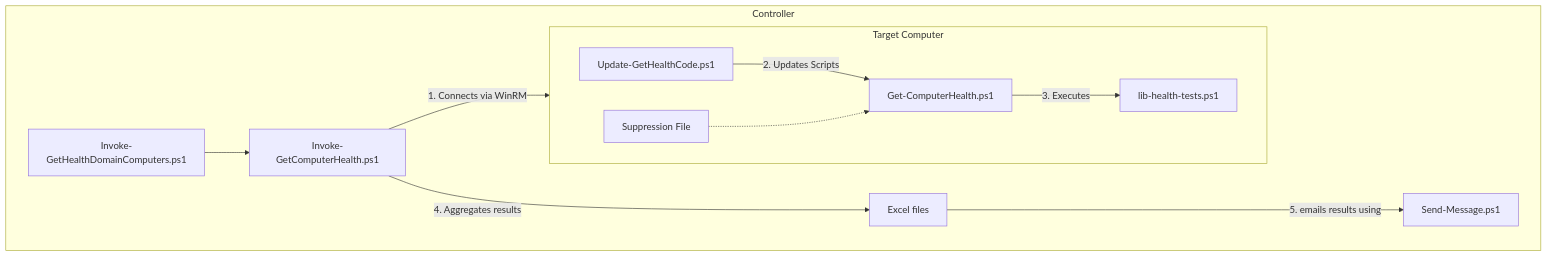
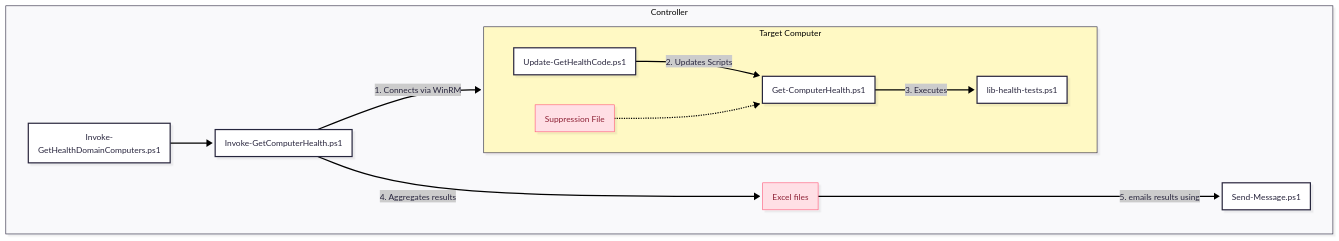
Before and after one commit to ndemou/GetComputerHealth: the diagram in README.md, drawn with Mermaid.

Commit message:
Update theme for the relationship diagram in README.md

````diff
--- a/README.md
+++ b/README.md
@@ -11,16 +11,33 @@
 ```mermaid
-graph TD
-    subgraph Controller [Controller]
-        Entry[Invoke-GetHealthDomainComputers.ps1] --> Orchestrator[Invoke-GetComputerHealth.ps1]
-        Orchestrator -- "1. Connects via WinRM" --> Target[Target Servers]
-        Orchestrator -- "4. Aggregates results" --> Report[Excel files]
-        Report -- "5. emails results using" --> Mailer[Send-Message.ps1]
-    end
+---
+config:
+  look: neo
+  theme: redux
+---
+flowchart TB
+ subgraph Controller["Controller"]
+        Orchestrator["Invoke-GetComputerHealth.ps1"]
+        Entry["Invoke-GetHealthDomainComputers.ps1"]
+        Target["Target Servers"]
+        Report["Excel files"]
+        Mailer["Send-Message.ps1"]
+  end
+ subgraph Target["Target Computer"]
+        LocalRunner["Get-ComputerHealth.ps1"]
+        Updater["Update-GetHealthCode.ps1"]
+        Tests["lib-health-tests.ps1"]
+        Config["Suppression File"]
+  end
+    Entry --> Orchestrator
+    Orchestrator -- "1. Connects via WinRM" --> Target
+    Orchestrator -- "4. Aggregates results" --> Report
+    Report -- "5. emails results using" --> Mailer
+    Updater -- "2. Updates Scripts" --> LocalRunner
+    LocalRunner -- "3. Executes" --> Tests
+    Config -.-> LocalRunner
 
-    subgraph Target [Target Computer]
-        Updater[Update-GetHealthCode.ps1] -- "2. Updates Scripts" --> LocalRunner
-        LocalRunner[Get-ComputerHealth.ps1] -- "3. Executes" --> Tests[lib-health-tests.ps1]
-        Config[Suppression File] -.-> LocalRunner
-    end
-
+     Report:::Rose
+     Config:::Rose
+    classDef Rose stroke-width:1px, stroke-dasharray:none, stroke:#FF5978, fill:#FFDFE5, color:#8E2236
+    style Target fill:#FFF9C4
 ```
````
